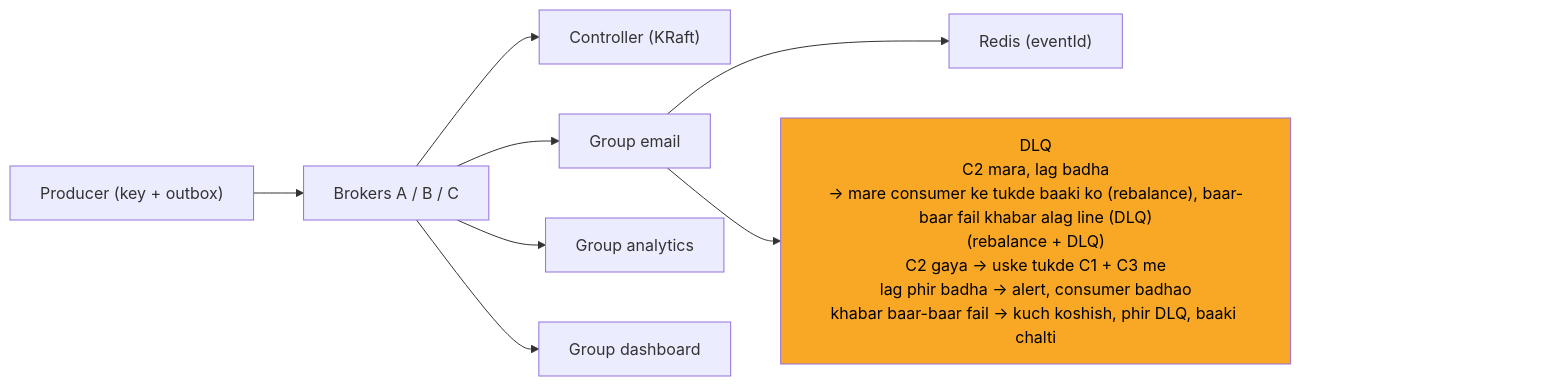
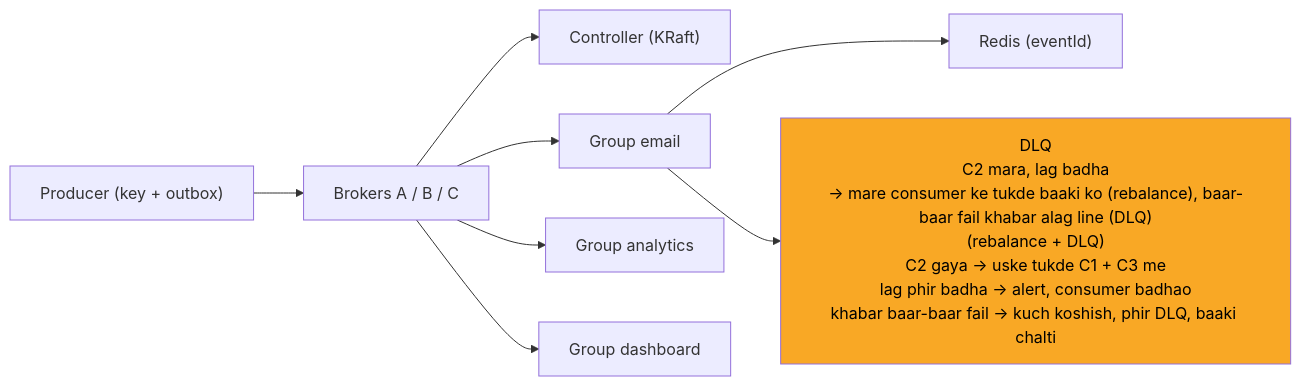
Before and after one commit to ArpanMaheshwari144/Prep: the tenth of 12 diagrams in 04_HLD/SYSTEM_DESIGNS/12_message_queue_kafka/12_message_queue_kafka.md, drawn with Mermaid. The commit also changed other lines of this file and 182 other files, not shown here.

Commit message:
hld 14 file: har diagram mermaid-cli se SVG image (source details me), n_pad hataya, render tool 04_HLD/tools

````diff
--- a/04_HLD/SYSTEM_DESIGNS/12_message_queue_kafka/12_message_queue_kafka.md
+++ b/04_HLD/SYSTEM_DESIGNS/12_message_queue_kafka/12_message_queue_kafka.md
@@ -401,23 +441,20 @@
 ```mermaid
 %%{init: {"flowchart": {"wrappingWidth": 450}}}%%
 flowchart LR
     n_P["Producer (key + outbox)"]
     n_B["Brokers A / B / C"]
     n_K["Controller (KRaft)"]
     n_GE["Group email"]
     n_R["Redis (eventId)"]
     n_DLQ["DLQ<br/>C2 mara, lag badha<br/>-> mare consumer ke tukde baaki ko (rebalance), baar-baar fail khabar alag line (DLQ)<br/>(rebalance + DLQ)<br/>C2 gaya -> uske tukde C1 + C3 me<br/>lag phir badha -> alert, consumer badhao<br/>khabar baar-baar fail -> kuch koshish, phir DLQ, baaki chalti"]
     n_GA["Group analytics"]
     n_GD["Group dashboard"]
     n_P --> n_B
     n_B --> n_K
     n_B --> n_GE
     n_B --> n_GA
     n_B --> n_GD
     n_GE --> n_R
     n_GE --> n_DLQ
-    n_pad["xxxxxxxxxxxxxxxx"]
-    n_DLQ ~~~ n_pad
     style n_DLQ fill:#f9a825,color:#000
-    style n_pad fill:none,stroke:none,color:#ffffff00
 ```
````
